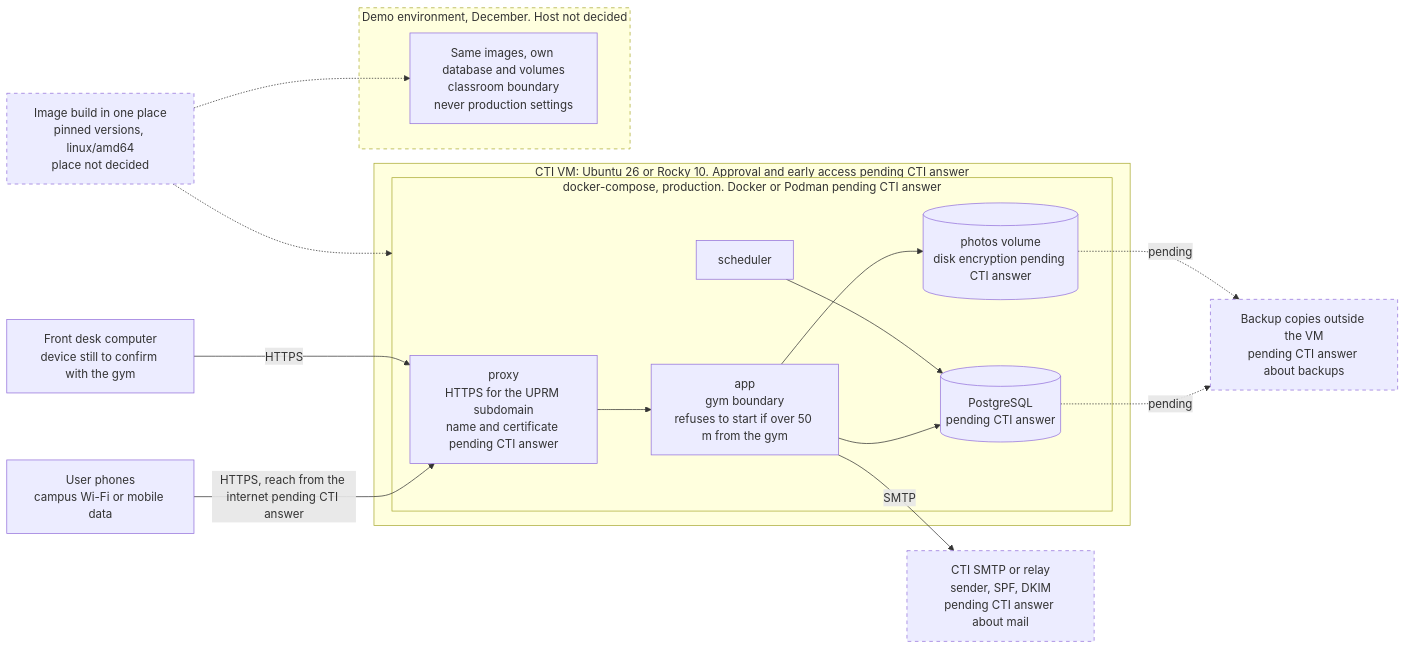
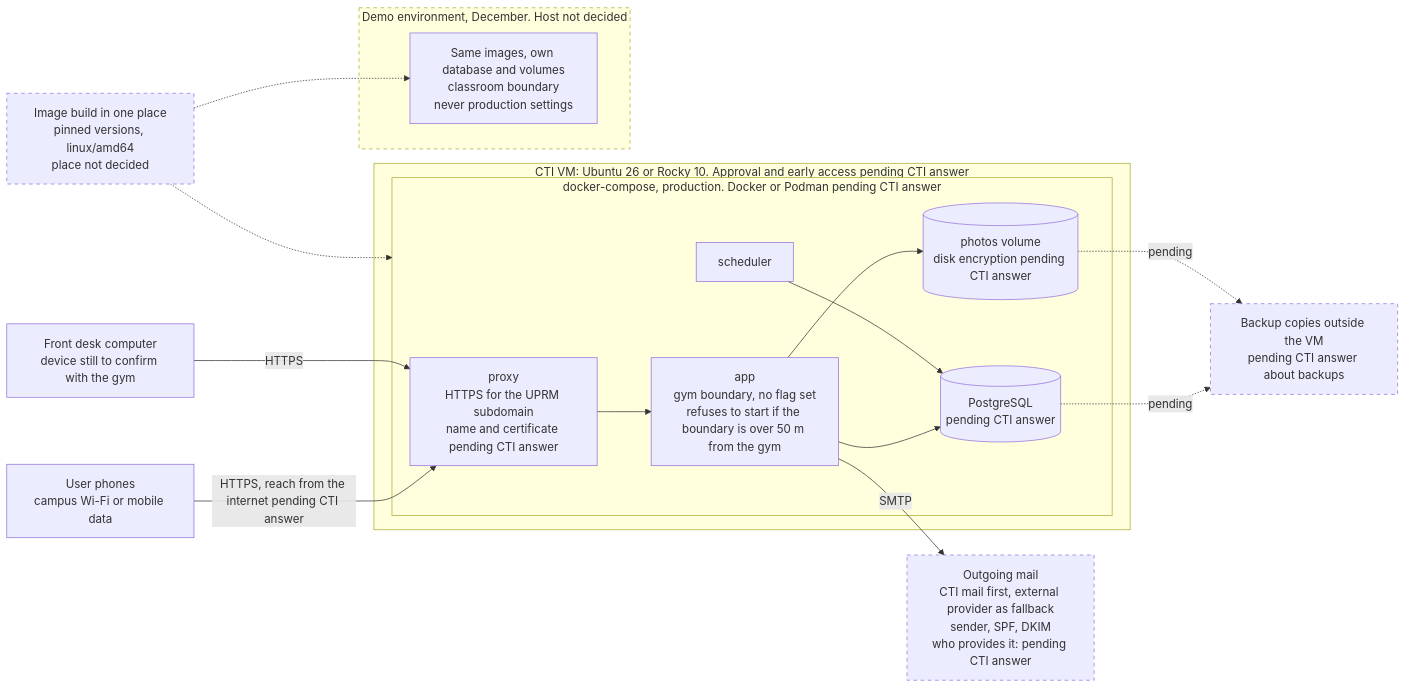
One commit to Th3-Minorities/natatorio-gym-app changed the fourth of 5 diagrams in docs/design/architecture.md. Above: the diagram before and after it, drawn with Mermaid. The commit also changed other lines of this file, not shown here.

Commit message:
Apply the design review decisions to the architecture

````diff
--- a/docs/design/architecture.md
+++ b/docs/design/architecture.md
@@ -149,38 +157,38 @@
 ```mermaid
 flowchart LR
   PHN["User phones<br/>campus Wi-Fi or mobile data"]
   DESK["Front desk computer<br/>device still to confirm with the gym"]
   BUILD["Image build in one place<br/>pinned versions, linux/amd64<br/>place not decided"]
 
   subgraph VM["CTI VM: Ubuntu 26 or Rocky 10. Approval and early access pending CTI answer"]
     subgraph PROD["docker-compose, production. Docker or Podman pending CTI answer"]
       PX2["proxy<br/>HTTPS for the UPRM subdomain<br/>name and certificate pending CTI answer"]
-      APP2["app<br/>gym boundary<br/>refuses to start if over 50 m from the gym"]
+      APP2["app<br/>gym boundary, no flag set<br/>refuses to start if the boundary is over 50 m from the gym"]
       SCH2["scheduler"]
       DB2[("PostgreSQL<br/>pending CTI answer")]
       PV2[("photos volume<br/>disk encryption pending CTI answer")]
     end
   end
 
   subgraph DEMO["Demo environment, December. Host not decided"]
     DEMOAPP["Same images, own database and volumes<br/>classroom boundary<br/>never production settings"]
   end
 
-  SMTP["CTI SMTP or relay<br/>sender, SPF, DKIM<br/>pending CTI answer about mail"]
+  SMTP["Outgoing mail<br/>CTI mail first, external provider as fallback<br/>sender, SPF, DKIM<br/>who provides it: pending CTI answer"]
   BK2["Backup copies outside the VM<br/>pending CTI answer about backups"]
 
   PHN -->|"HTTPS, reach from the internet pending CTI answer"| PX2
   DESK -->|"HTTPS"| PX2
   PX2 --> APP2
   APP2 --> DB2
   APP2 --> PV2
   SCH2 --> DB2
   APP2 -->|"SMTP"| SMTP
   DB2 -.->|"pending"| BK2
   PV2 -.->|"pending"| BK2
   BUILD -.-> PROD
   BUILD -.-> DEMOAPP
 
   classDef pending stroke-dasharray: 5 5
   class SMTP,BK2,BUILD,DEMO pending
 ```
````
